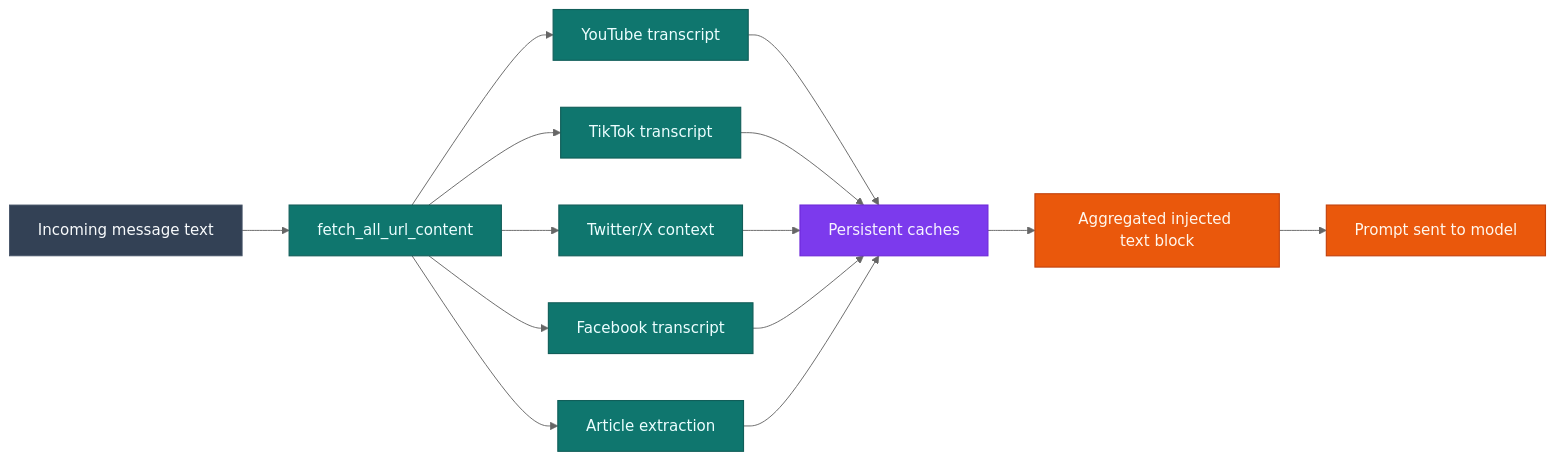
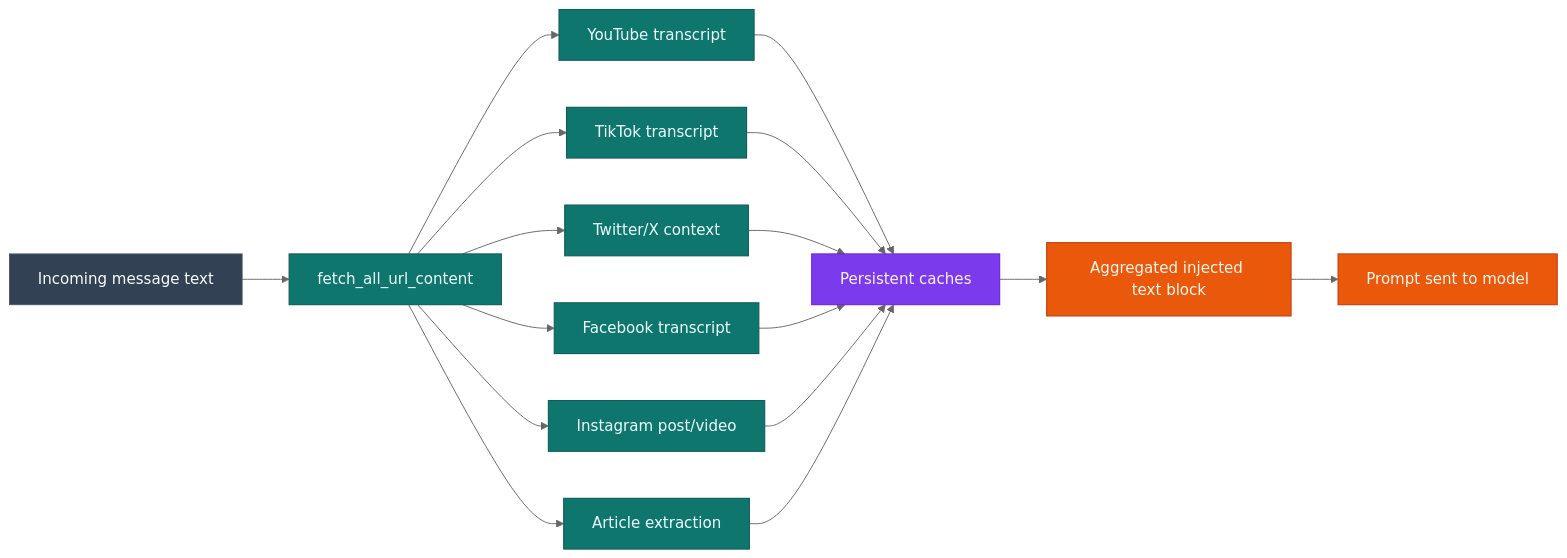
Before and after one commit to jobeus/cmwgpt: the fourth of 5 diagrams in docs/architecture.md, drawn with Mermaid (neutral theme). The commit also changed other lines of this file and 12 other files, not shown here.

````diff
--- a/docs/architecture.md
+++ b/docs/architecture.md
@@ -203,23 +253,25 @@
 ```mermaid
 flowchart LR
     classDef in fill:#334155,color:#f8fafc,stroke:#475569,stroke-width:1px;
     classDef src fill:#0f766e,color:#ecfeff,stroke:#115e59,stroke-width:1.2px;
     classDef cache fill:#7c3aed,color:#f5f3ff,stroke:#6d28d9,stroke-width:1.2px;
     classDef out fill:#ea580c,color:#fff7ed,stroke:#c2410c,stroke-width:1.2px;
 
     Msg[Incoming message text]:::in --> Discover[fetch_all_url_content]:::src
     Discover --> YT[YouTube transcript]:::src
     Discover --> TT[TikTok transcript]:::src
     Discover --> TW[Twitter/X context]:::src
     Discover --> FB[Facebook transcript]:::src
+    Discover --> IG[Instagram post/video]:::src
     Discover --> AR[Article extraction]:::src
 
     YT --> Cache[Persistent caches]:::cache
     TT --> Cache
     TW --> Cache
     FB --> Cache
+    IG --> Cache
     AR --> Cache
 
     Cache --> Aggregate[Aggregated injected text block]:::out
     Aggregate --> Prompt[Prompt sent to model]:::out
 ```
````
